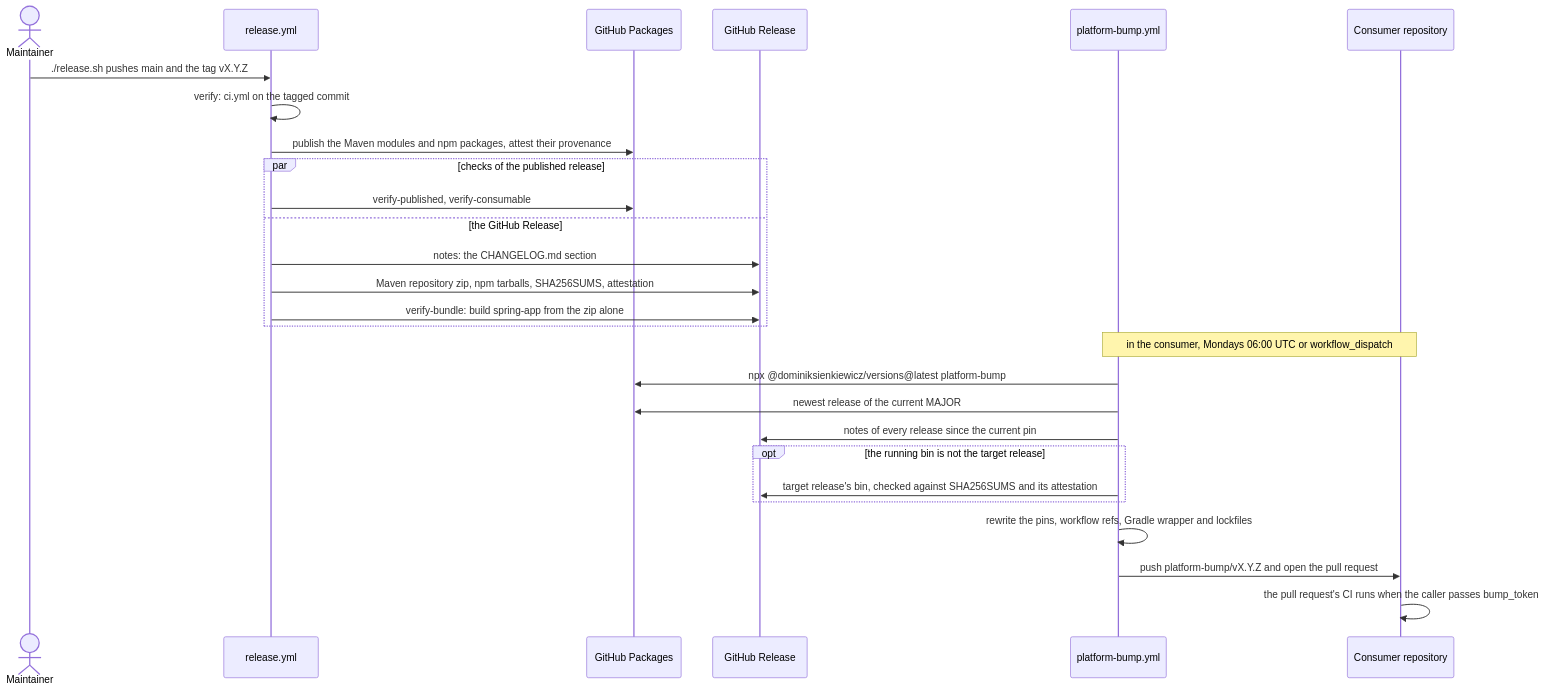
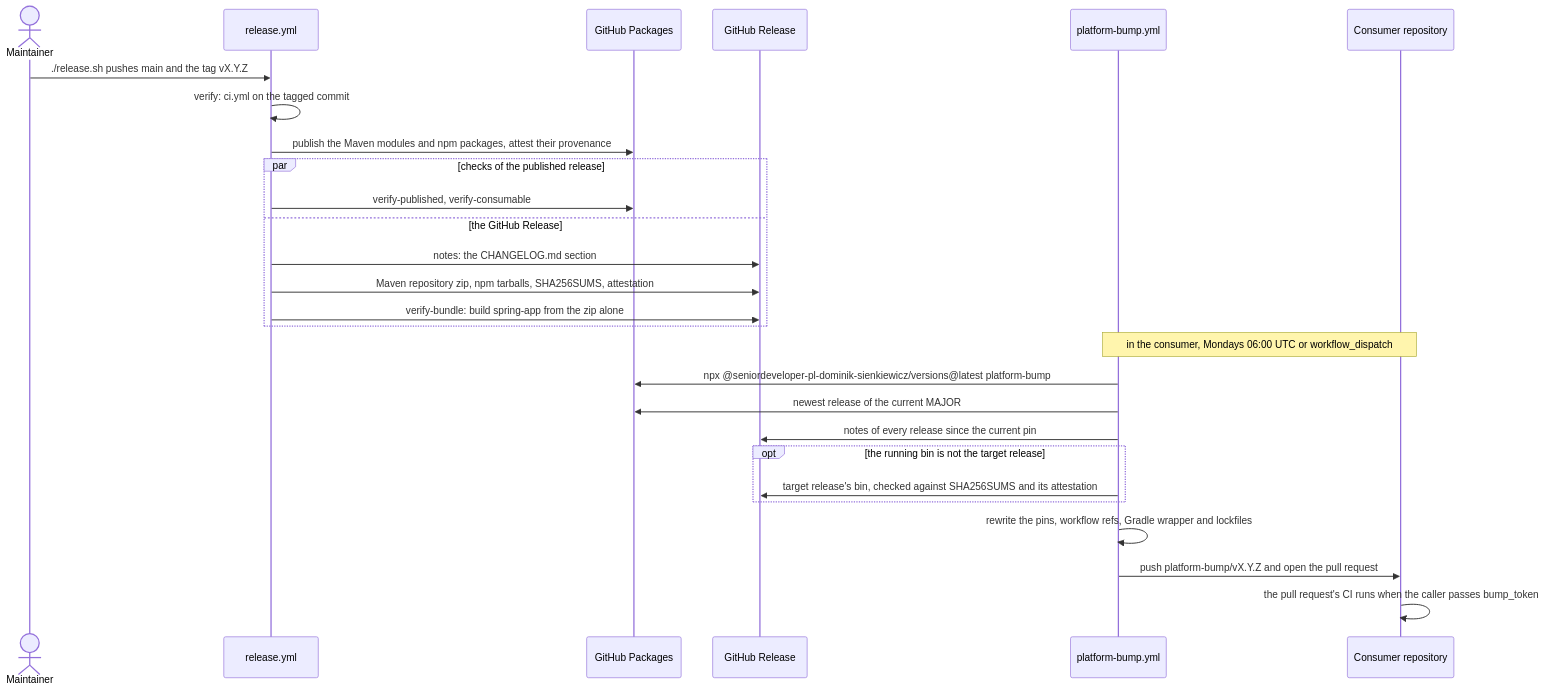
The third of 5 diagrams in README.md (DominikSienkiewicz/Platform), drawn with Mermaid before and after one commit. The commit also changed other lines of this file and 23 other files, not shown here.

````diff
--- a/README.md
+++ b/README.md
@@ -202,30 +207,30 @@
 ```mermaid
 sequenceDiagram
     actor M as Maintainer
     participant R as release.yml
     participant P as GitHub Packages
     participant G as GitHub Release
     participant B as platform-bump.yml
     participant C as Consumer repository
 
     M->>R: ./release.sh pushes main and the tag vX.Y.Z
     R->>R: verify: ci.yml on the tagged commit
     R->>P: publish the Maven modules and npm packages, attest their provenance
     par checks of the published release
         R->>P: verify-published, verify-consumable
     and the GitHub Release
         R->>G: notes: the CHANGELOG.md section
         R->>G: Maven repository zip, npm tarballs, SHA256SUMS, attestation
         R->>G: verify-bundle: build spring-app from the zip alone
     end
     Note over B,C: in the consumer, Mondays 06:00 UTC or workflow_dispatch
-    B->>P: npx @dominiksienkiewicz/versions@latest platform-bump
+    B->>P: npx @seniordeveloper-pl-dominik-sienkiewicz/versions@latest platform-bump
     B->>P: newest release of the current MAJOR
     B->>G: notes of every release since the current pin
     opt the running bin is not the target release
         B->>G: target release's bin, checked against SHA256SUMS and its attestation
     end
     B->>B: rewrite the pins, workflow refs, Gradle wrapper and lockfiles
     B->>C: push platform-bump/vX.Y.Z and open the pull request
     C->>C: the pull request's CI runs when the caller passes bump_token
 ```
````
